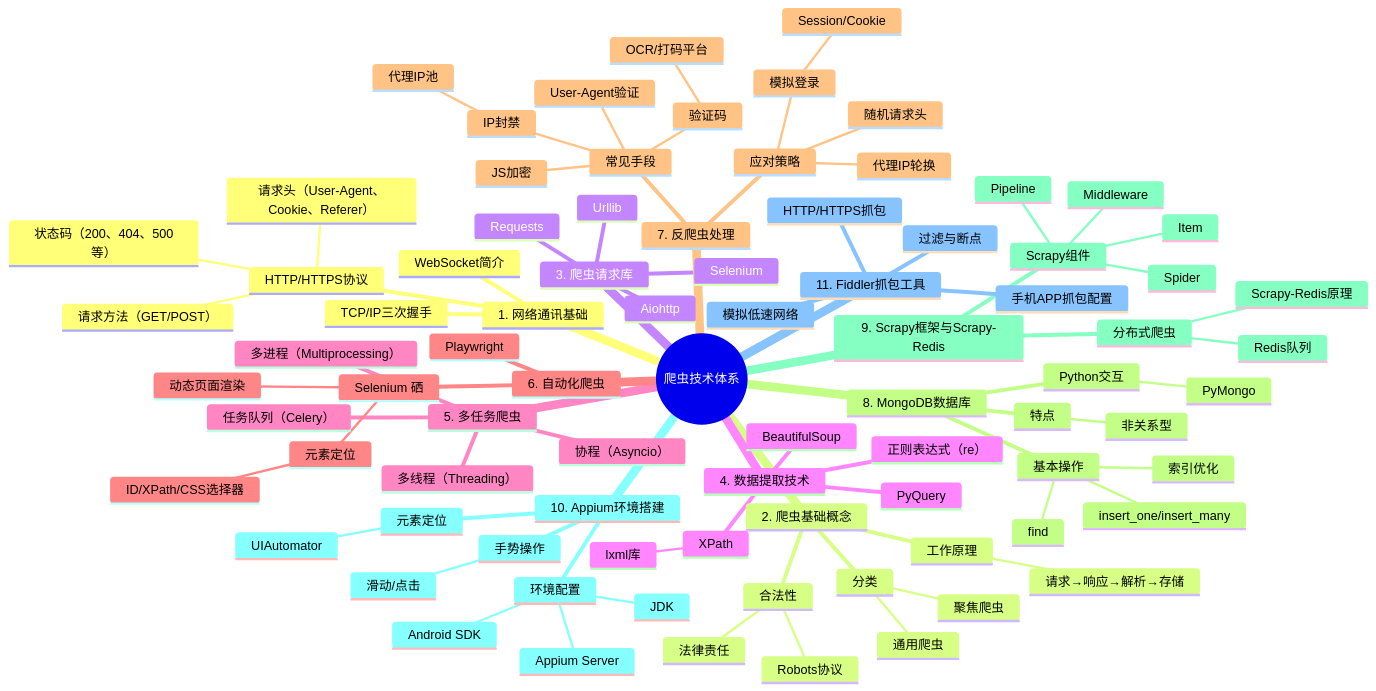
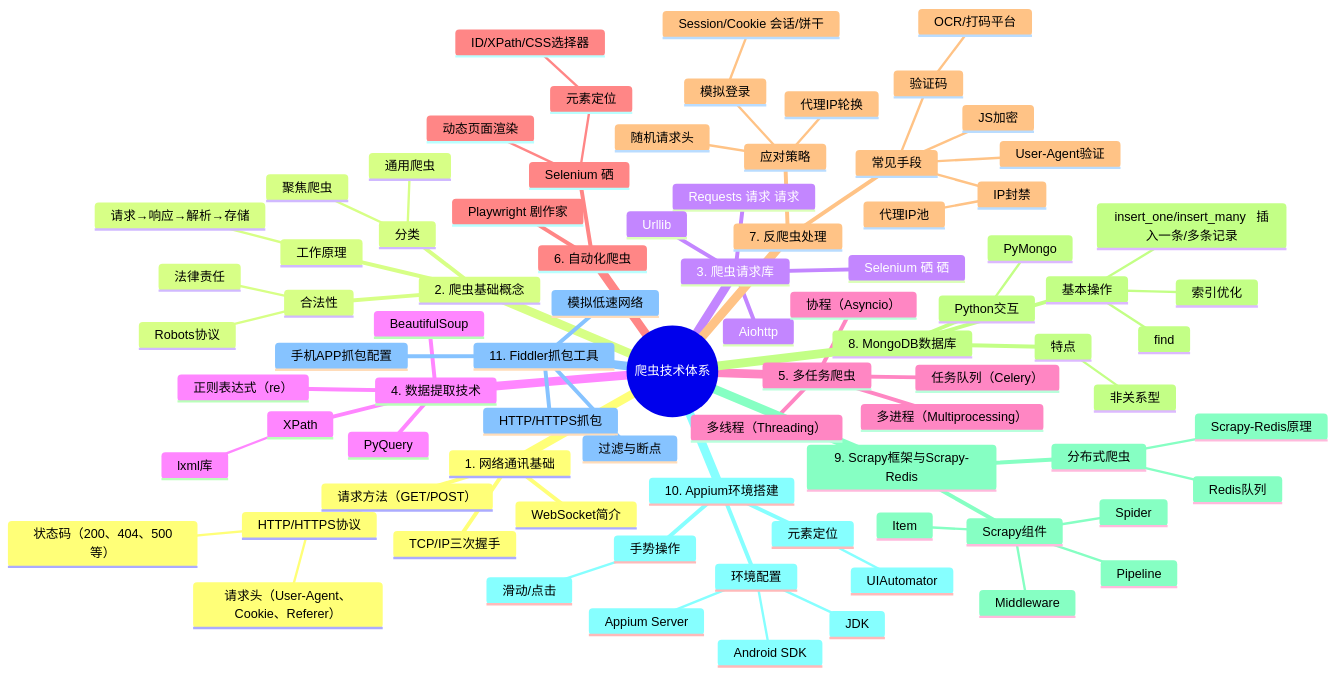
The diagram in README.md (shiyuhou2003/-), drawn with Mermaid before and after one commit. The commit also changed other lines of this file, not shown here.

````diff
--- a/README.md
+++ b/README.md
@@ -4,4 +4,4 @@
-```mermaid
+```mermaid   “‘美人鱼
 mindmap
   root((爬虫技术体系))
     1. 网络通讯基础
@@ -21,10 +21,10 @@
         通用爬虫
         聚焦爬虫
     3. 爬虫请求库
-      Requests
+      Requests   请求   请求
       Urllib
       Aiohttp
-      Selenium
+      Selenium   硒   硒
     4. 数据提取技术
       正则表达式（re）
       XPath
@@ -41,7 +41,7 @@
         元素定位
           ID/XPath/CSS选择器
         动态页面渲染
-      Playwright
+      Playwright   剧作家
     7. 反爬虫处理
       常见手段
         User-Agent验证
@@ -54,12 +54,12 @@
         随机请求头
         代理IP轮换
         模拟登录
-          Session/Cookie
+          Session/Cookie   会话/饼干
     8. MongoDB数据库
       特点
         非关系型
       基本操作
-        insert_one/insert_many
+        insert_one/insert_many   插入一条/多条记录
         find
         索引优化
       Python交互
````
